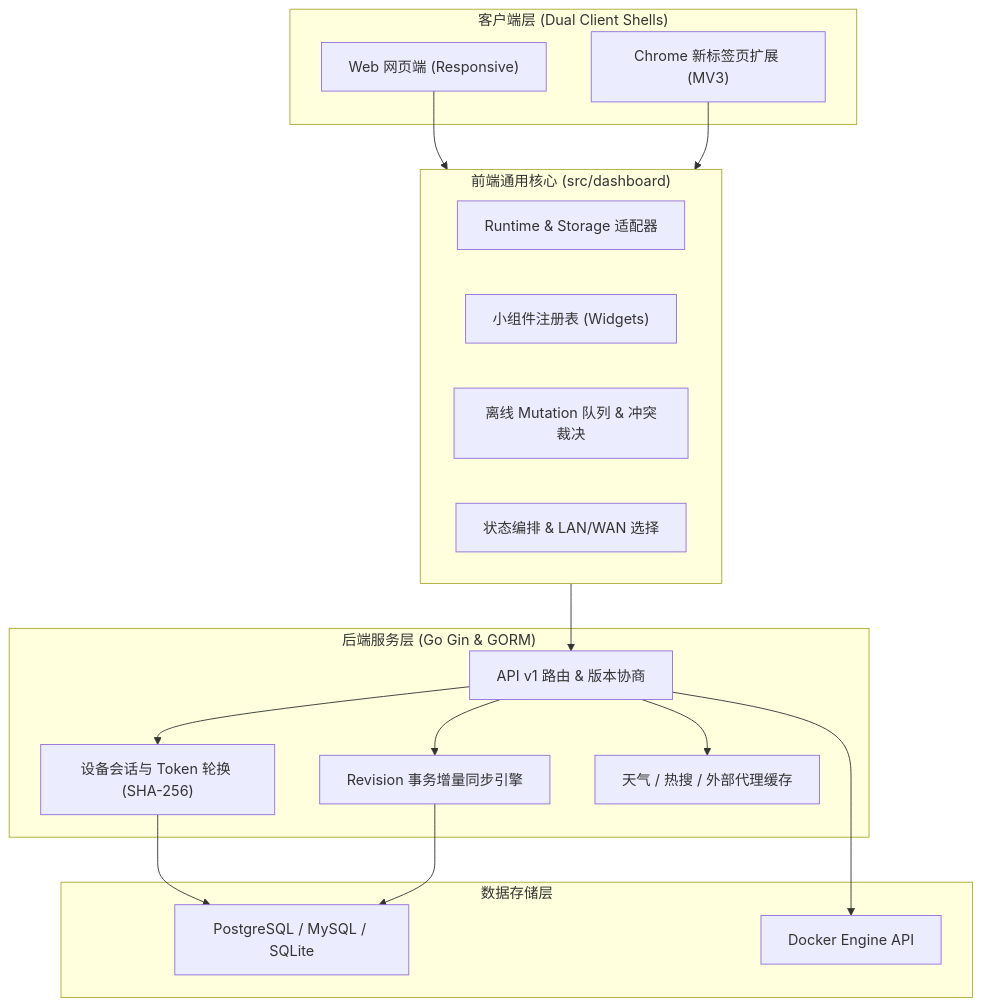
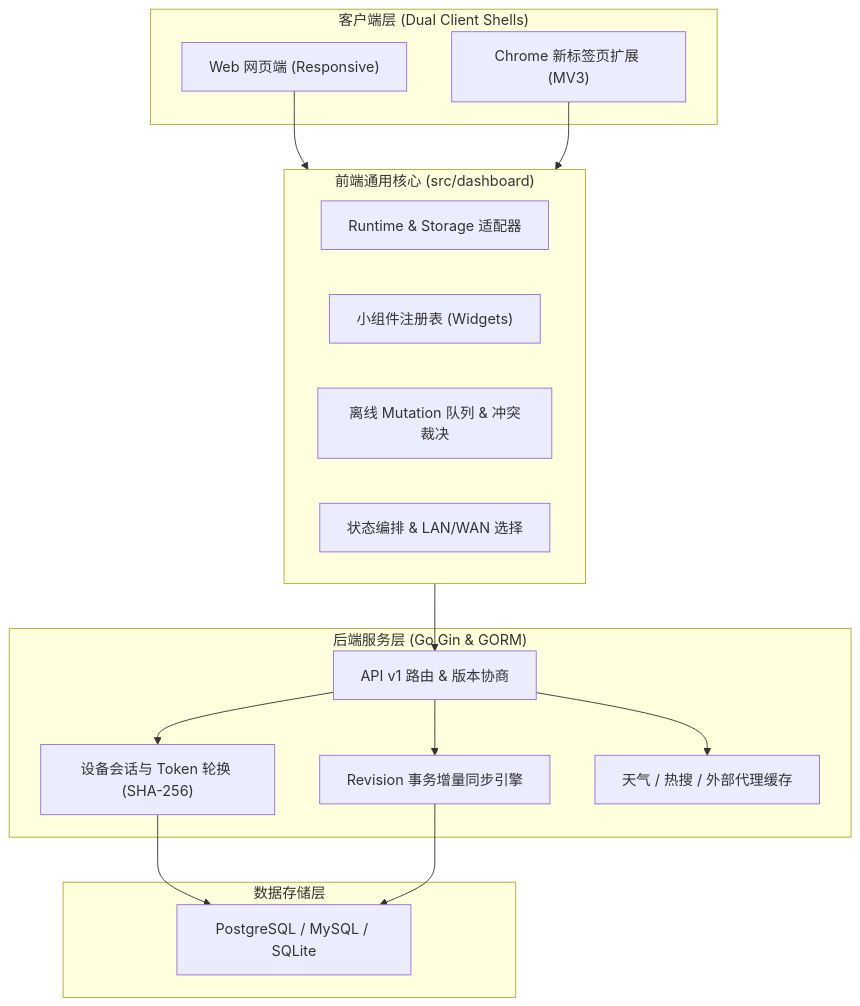
The diagram in README.md (RoaycL/panel-next), drawn with Mermaid before and after one commit. The commit also changed other lines of this file and 6 other files, not shown here.

````diff
--- a/README.md
+++ b/README.md
@@ -121,36 +124,34 @@
 ```mermaid
 flowchart TD
     subgraph Clients["客户端层 (Dual Client Shells)"]
         WebClient["Web 网页端 (Responsive)"]
         ChromeExt["Chrome 新标签页扩展 (MV3)"]
     end
 
     subgraph Core["前端通用核心 (src/dashboard)"]
         RuntimeAdapters["Runtime & Storage 适配器"]
         WidgetRegistry["小组件注册表 (Widgets)"]
         OfflineQueue["离线 Mutation 队列 & 冲突裁决"]
         DashboardState["状态编排 & LAN/WAN 选择"]
     end
 
     subgraph Backend["后端服务层 (Go Gin & GORM)"]
         APIRouter["API v1 路由 & 版本协商"]
         SessionMgr["设备会话与 Token 轮换 (SHA-256)"]
         SyncEngine["Revision 事务增量同步引擎"]
         Proxies["天气 / 热搜 / 外部代理缓存"]
     end
 
     subgraph Storage["数据存储层"]
         Postgres["PostgreSQL / MySQL / SQLite"]
-        DockerSock["Docker Engine API"]
     end
 
     WebClient --> Core
     ChromeExt --> Core
     Core --> APIRouter
     APIRouter --> SessionMgr
     APIRouter --> SyncEngine
     APIRouter --> Proxies
     SessionMgr --> Postgres
     SyncEngine --> Postgres
-    APIRouter --> DockerSock
 ```
````
